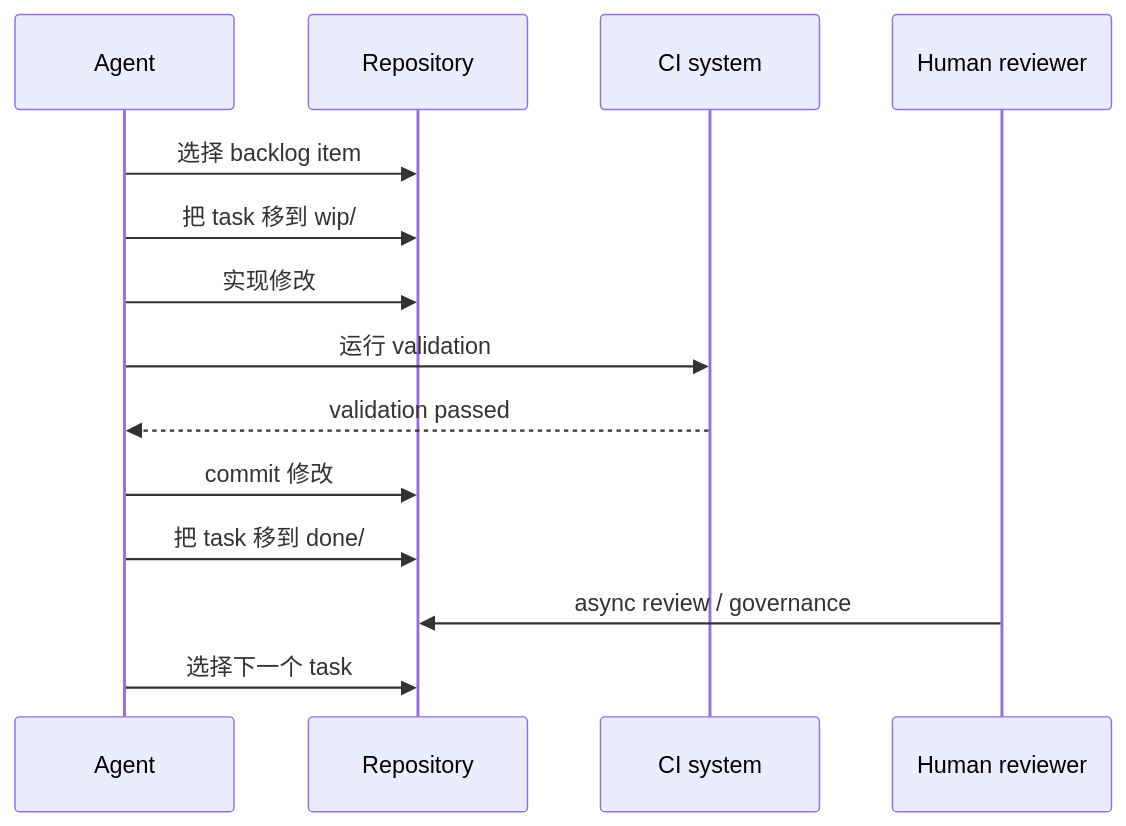
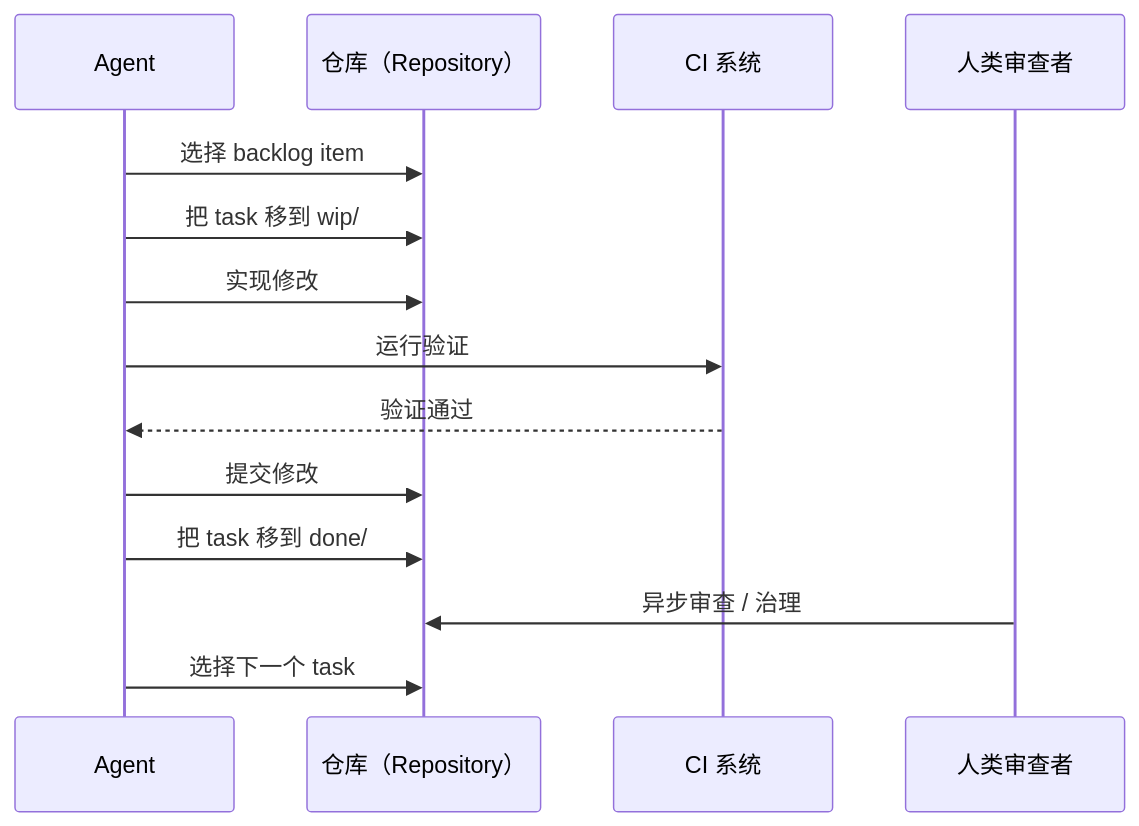
The fifth of 5 diagrams in content/zh-cn/ideas/agent-loops.mdx (nelson-o/nelson-o.github.io), drawn with Mermaid before and after one commit. The commit also changed other lines of this file and 3 other files, not shown here.

````diff
--- a/content/zh-cn/ideas/agent-loops.mdx
+++ b/content/zh-cn/ideas/agent-loops.mdx
@@ -264,17 +264,17 @@
 ```mermaid
 sequenceDiagram
   participant A as Agent
-  participant R as Repository
-  participant C as CI system
-  participant H as Human reviewer
+  participant R as 仓库（Repository）
+  participant C as CI 系统
+  participant H as 人类审查者
 
   A->>R: 选择 backlog item
   A->>R: 把 task 移到 wip/
   A->>R: 实现修改
-  A->>C: 运行 validation
-  C-->>A: validation passed
-  A->>R: commit 修改
+  A->>C: 运行验证
+  C-->>A: 验证通过
+  A->>R: 提交修改
   A->>R: 把 task 移到 done/
-  H->>R: async review / governance
+  H->>R: 异步审查 / 治理
   A->>R: 选择下一个 task
 ```
````
